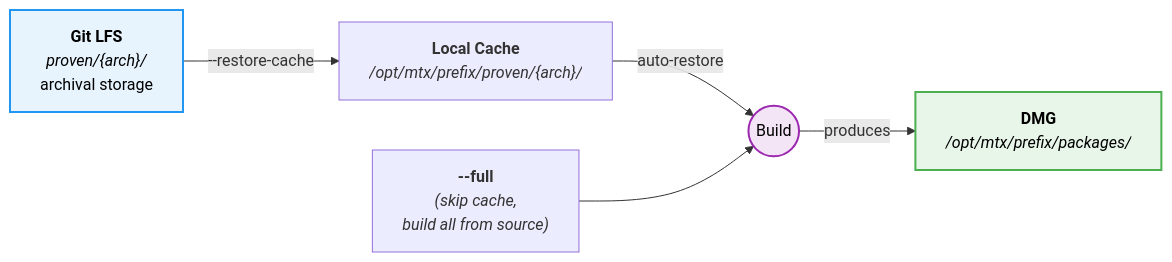
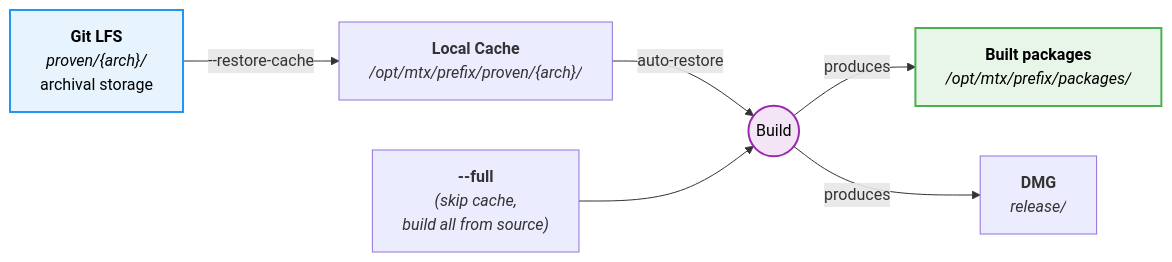
The third of 5 diagrams in docs/build-workflow.md (CorticalCode/mkvtoolnix-gui-macos), drawn with Mermaid before and after one commit. The commit also changed other lines of this file and 8 other files, not shown here.

````diff
--- a/docs/build-workflow.md
+++ b/docs/build-workflow.md
@@ -99,17 +100,18 @@
 ```mermaid
 flowchart LR
     LFS["<b>Git LFS</b><br/><i>proven/{arch}/</i><br/>archival storage"]
     LC["<b>Local Cache</b><br/><i>/opt/mtx/prefix/proven/{arch}/</i>"]
     BUILD(("Build"))
-    PKG["<b>DMG</b><br/><i>/opt/mtx/prefix/packages/</i>"]
+    PKG["<b>Built packages</b><br/><i>/opt/mtx/prefix/packages/</i>"]
     FULL["<b>--full</b><br/><i>(skip cache,<br/>build all from source)</i>"]
 
     LFS -->|"--restore-cache"| LC
     LC -->|"auto-restore"| BUILD
     FULL --> BUILD
     BUILD -->|"produces"| PKG
+    BUILD -->|"produces"| DMG["<b>DMG</b><br/><i>release/</i>"]
 
     style LFS fill:#e8f4fd,stroke:#2196f3,stroke-width:2px,color:#000
     style PKG fill:#e8f5e9,stroke:#4caf50,stroke-width:2px,color:#000
     style BUILD fill:#f3e5f5,stroke:#9c27b0,stroke-width:2px,color:#000
 ```
````
